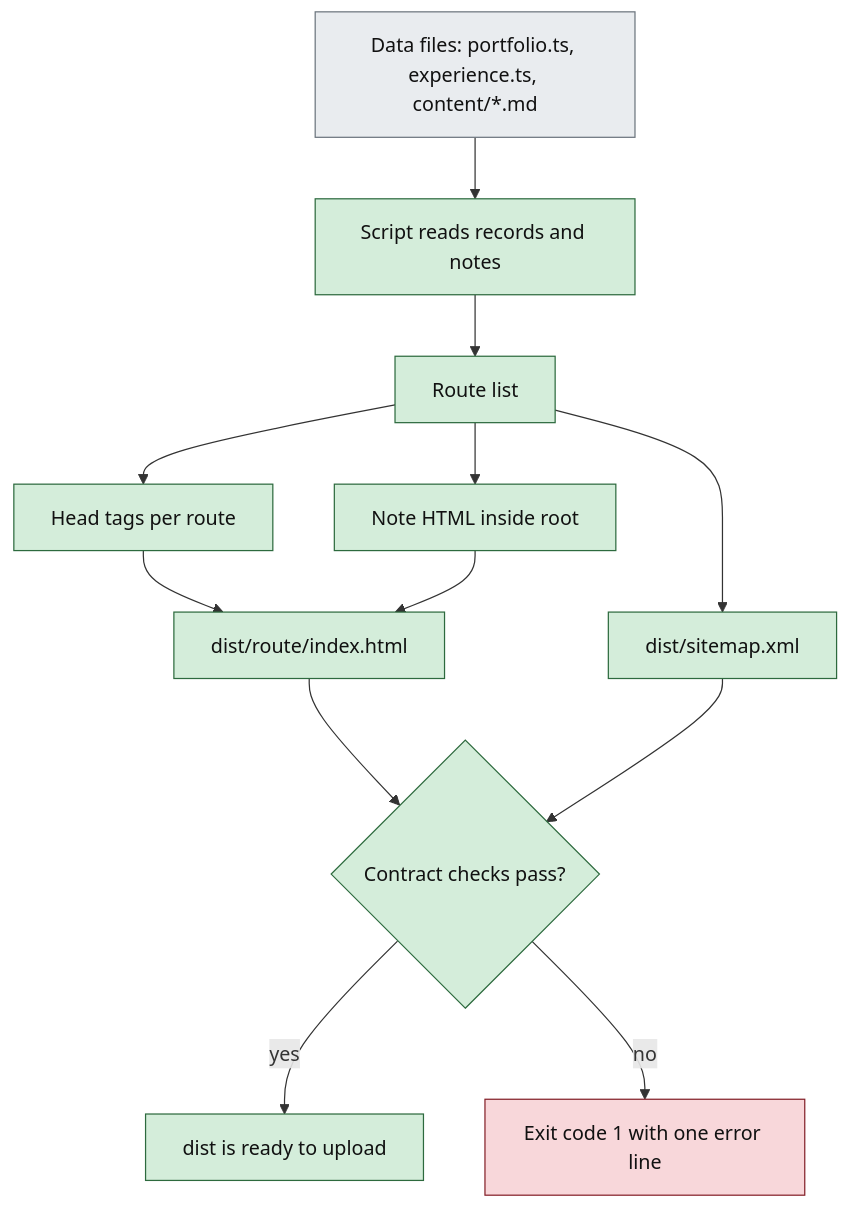
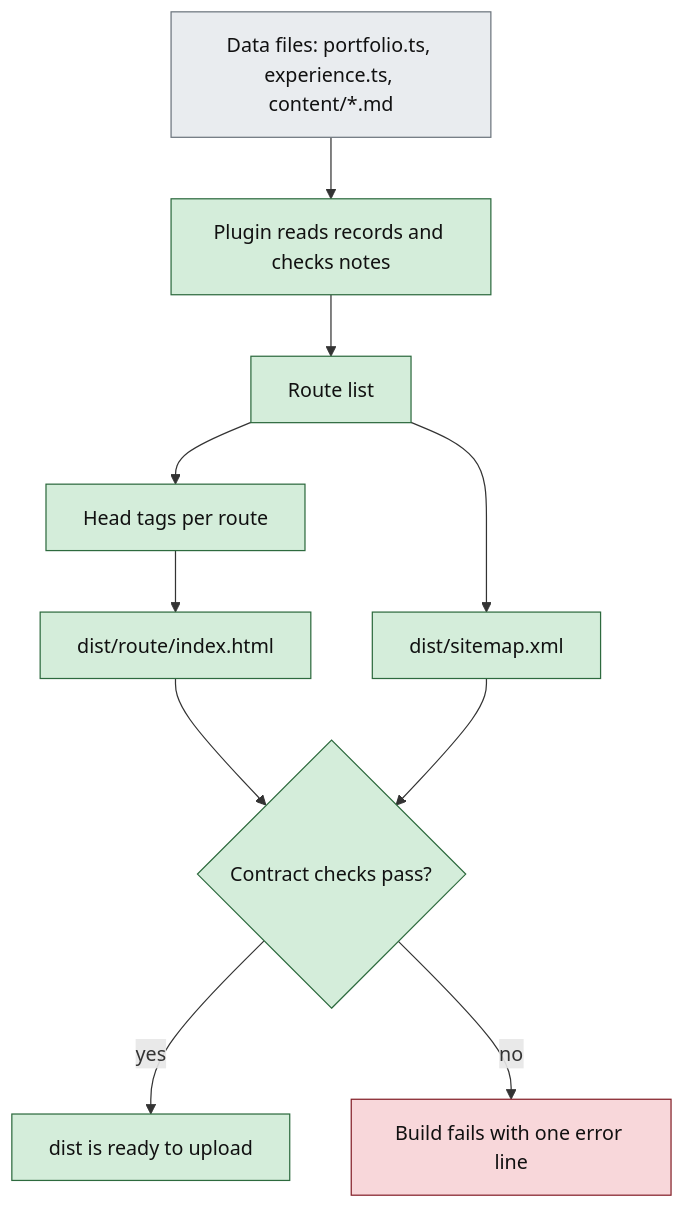
The sixth of 6 diagrams in api.md (Sakethv7/sakethai-portfoliogen), drawn with Mermaid before and after one commit. The commit also changed other lines of this file and 4 other files, not shown here.

````diff
--- a/api.md
+++ b/api.md
@@ -781,20 +781,18 @@
 ```mermaid
 flowchart TD
-    A[Data files: portfolio.ts, experience.ts, content/*.md] --> B[Script reads records and notes]
+    A[Data files: portfolio.ts, experience.ts, content/*.md] --> B[Plugin reads records and checks notes]
     B --> C[Route list]
     C --> D[Head tags per route]
-    C --> E[Note HTML inside root]
     D --> F[dist/route/index.html]
-    E --> F
     C --> G[dist/sitemap.xml]
     F --> H{Contract checks pass?}
     G --> H
     H -- yes --> I[dist is ready to upload]
-    H -- no --> J[Exit code 1 with one error line]
+    H -- no --> J[Build fails with one error line]
     classDef new fill:#d4edda,stroke:#2d6a3e,color:#111
     classDef old fill:#e9ecef,stroke:#6c757d,color:#111
     classDef fail fill:#f8d7da,stroke:#842029,color:#111
     class A old
     class B,C,D,E,F,G,H,I new
     class J fail
 ```
````
